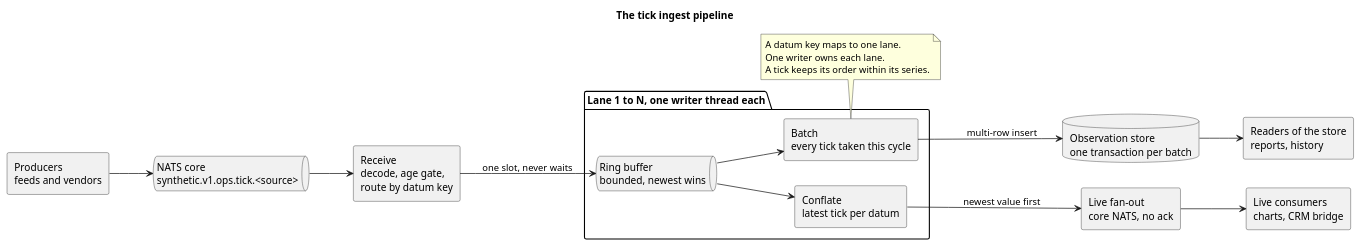
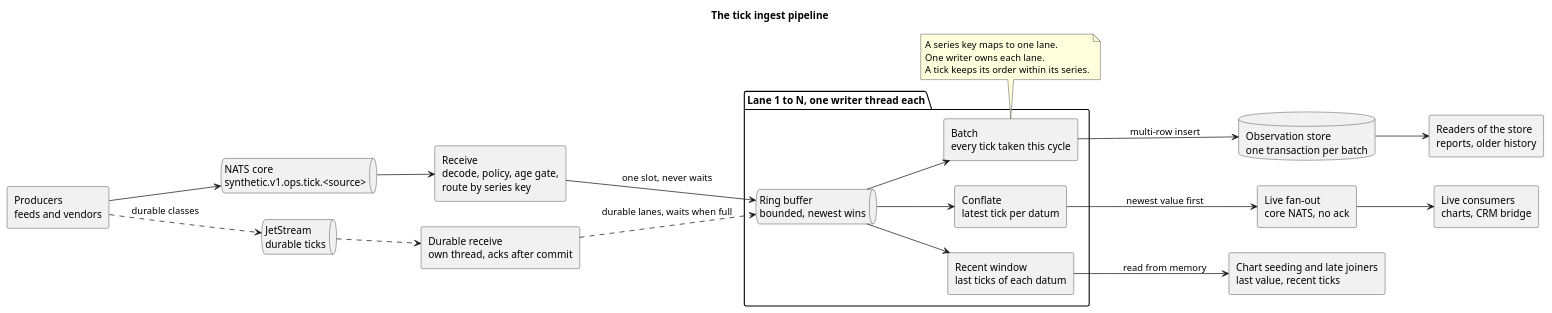
One commit to OreStudio/OreStudio changed the diagram in doc/knowledge/architecture/tick_ingest_pipeline.puml. Above: the diagram before and after it, drawn with PlantUML. The commit also changed 9 other files, not shown here.

Commit message:
[doc] Add the recent window, the asset class contract and the design review to the tick pipeline

```diff
--- a/doc/knowledge/architecture/tick_ingest_pipeline.puml
+++ b/doc/knowledge/architecture/tick_ingest_pipeline.puml
@@ -18,39 +18,48 @@
 @startuml
 
 title The tick ingest pipeline
 
 left to right direction
 skinparam componentStyle rectangle
 
 rectangle "Producers\nfeeds and vendors" as prod
 queue "NATS core\nsynthetic.v1.ops.tick.<source>" as nats
-rectangle "Receive\ndecode, age gate,\nroute by datum key" as recv
+rectangle "Receive\ndecode, policy, age gate,\nroute by series key" as recv
+queue "JetStream\ndurable ticks" as js
+rectangle "Durable receive\nown thread, acks after commit" as drecv
 
 package "Lane 1 to N, one writer thread each" {
     queue "Ring buffer\nbounded, newest wins" as ring
     rectangle "Conflate\nlatest tick per datum" as conf
+    rectangle "Recent window\nlast ticks of each datum" as window
     rectangle "Batch\nevery tick taken this cycle" as batch
 }
 
 rectangle "Live fan-out\ncore NATS, no ack" as live
 database "Observation store\none transaction per batch" as db
 rectangle "Live consumers\ncharts, CRM bridge" as cons
-rectangle "Readers of the store\nreports, history" as readers
+rectangle "Readers of the store\nreports, older history" as readers
+rectangle "Chart seeding and late joiners\nlast value, recent ticks" as seed
 
 prod --> nats
+prod ..> js : durable classes
+js ..> drecv
+drecv ..> ring : durable lanes, waits when full
 nats --> recv
 recv --> ring : one slot, never waits
 ring --> conf
+ring --> window
 ring --> batch
 conf --> live : newest value first
 live --> cons
 batch --> db : multi-row insert
 db --> readers
+window --> seed : read from memory
 
 note bottom of batch
-    A datum key maps to one lane.
+    A series key maps to one lane.
     One writer owns each lane.
     A tick keeps its order within its series.
 end note
 
 @enduml
```
